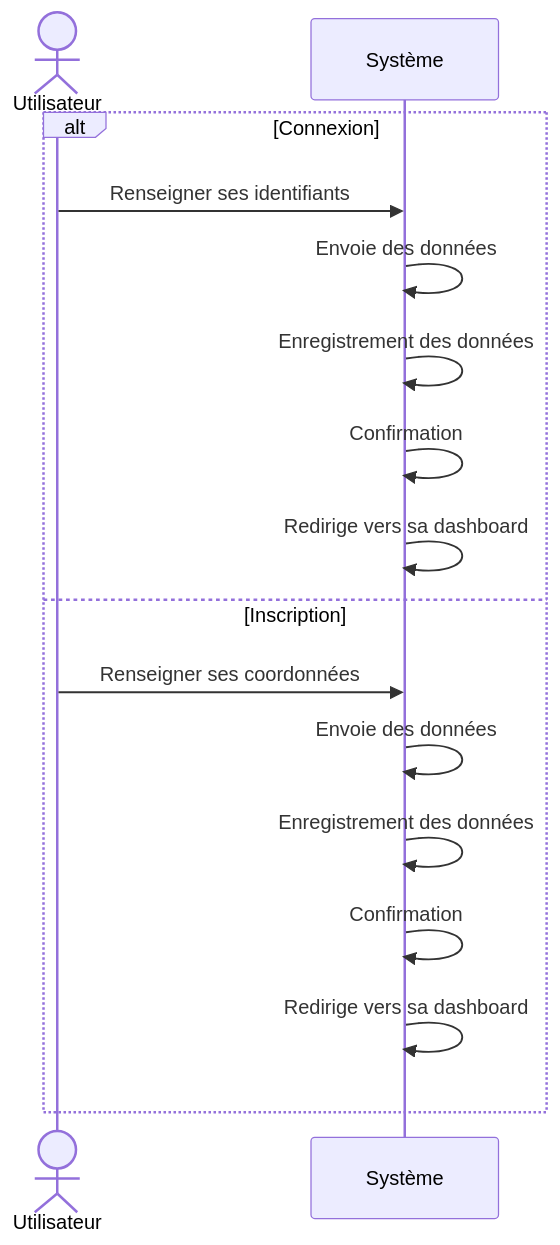
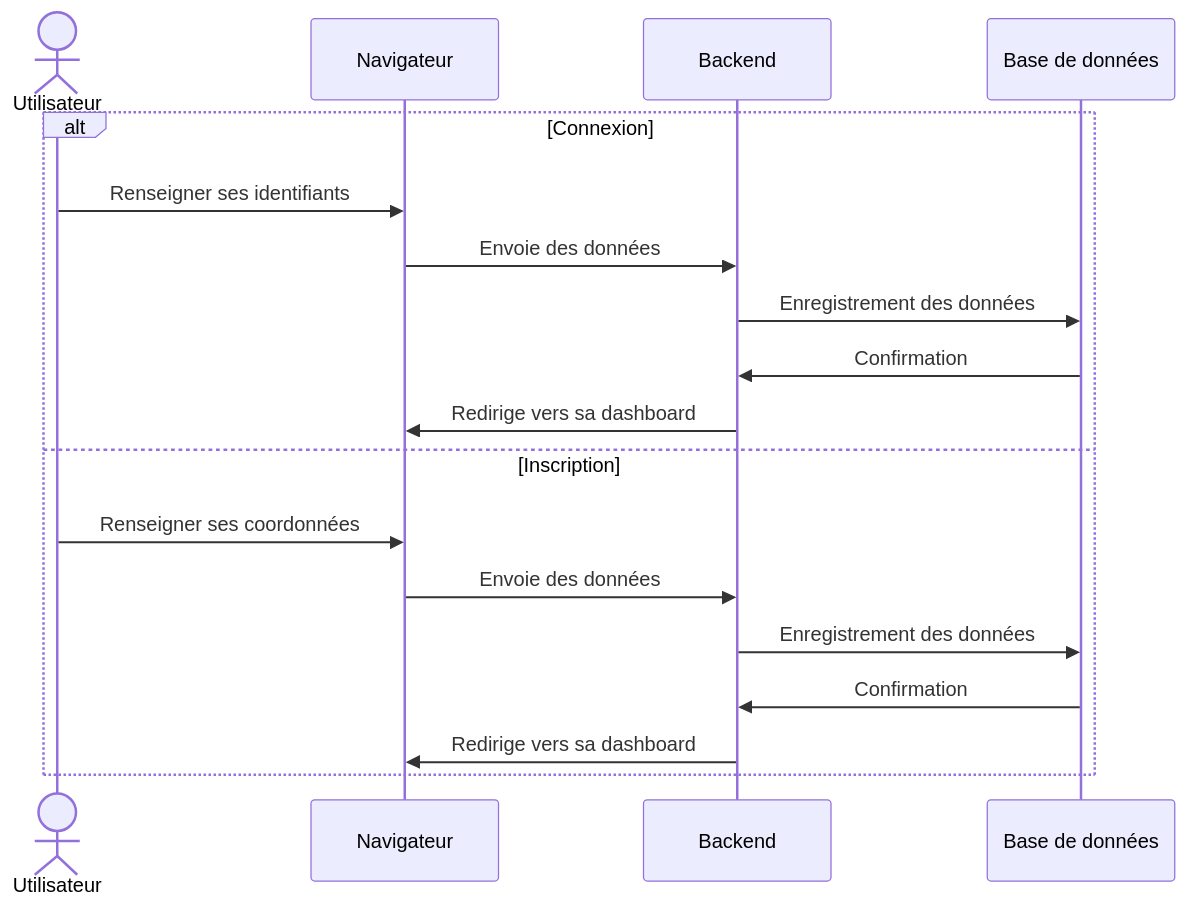
The diagram in docs/conception/sequence_diagrams/conception/log_in-sign_in.md (St4r4x/MovieMania), drawn with Mermaid before and after one commit.

Commit message:
chore: Update login and sign-in sequence diagram

````diff
--- a/docs/conception/sequence_diagrams/conception/log_in-sign_in.md
+++ b/docs/conception/sequence_diagrams/conception/log_in-sign_in.md
@@ -1,20 +1,21 @@
 ```mermaid
 sequenceDiagram
     actor Utilisateur
-    participant Systeme as Système
+    participant Navigateur
+    participant Controleur as Backend
+    participant Entite as Base de données
 
     alt Connexion
-        Utilisateur ->> Systeme: Renseigner ses identifiants
-        Systeme ->> Systeme: Envoie des données
-        Systeme ->> Systeme: Enregistrement des données
-        Systeme ->> Systeme: Confirmation
-        Systeme ->> Systeme: Redirige vers sa dashboard
+        Utilisateur ->> Navigateur: Renseigner ses identifiants
+        Navigateur ->> Controleur: Envoie des données
+        Controleur ->> Entite: Enregistrement des données
+        Entite ->> Controleur: Confirmation
+        Controleur ->> Navigateur: Redirige vers sa dashboard
     else Inscription
-        Utilisateur ->> Systeme: Renseigner ses coordonnées
-        Systeme ->> Systeme: Envoie des données
-        Systeme ->> Systeme: Enregistrement des données
-        Systeme ->> Systeme: Confirmation
-        Systeme ->> Systeme: Redirige vers sa dashboard
+        Utilisateur ->> Navigateur: Renseigner ses coordonnées
+        Navigateur ->> Controleur: Envoie des données
+        Controleur ->> Entite: Enregistrement des données
+        Entite ->> Controleur: Confirmation
+        Controleur ->> Navigateur: Redirige vers sa dashboard
     end
-
 ```
````
